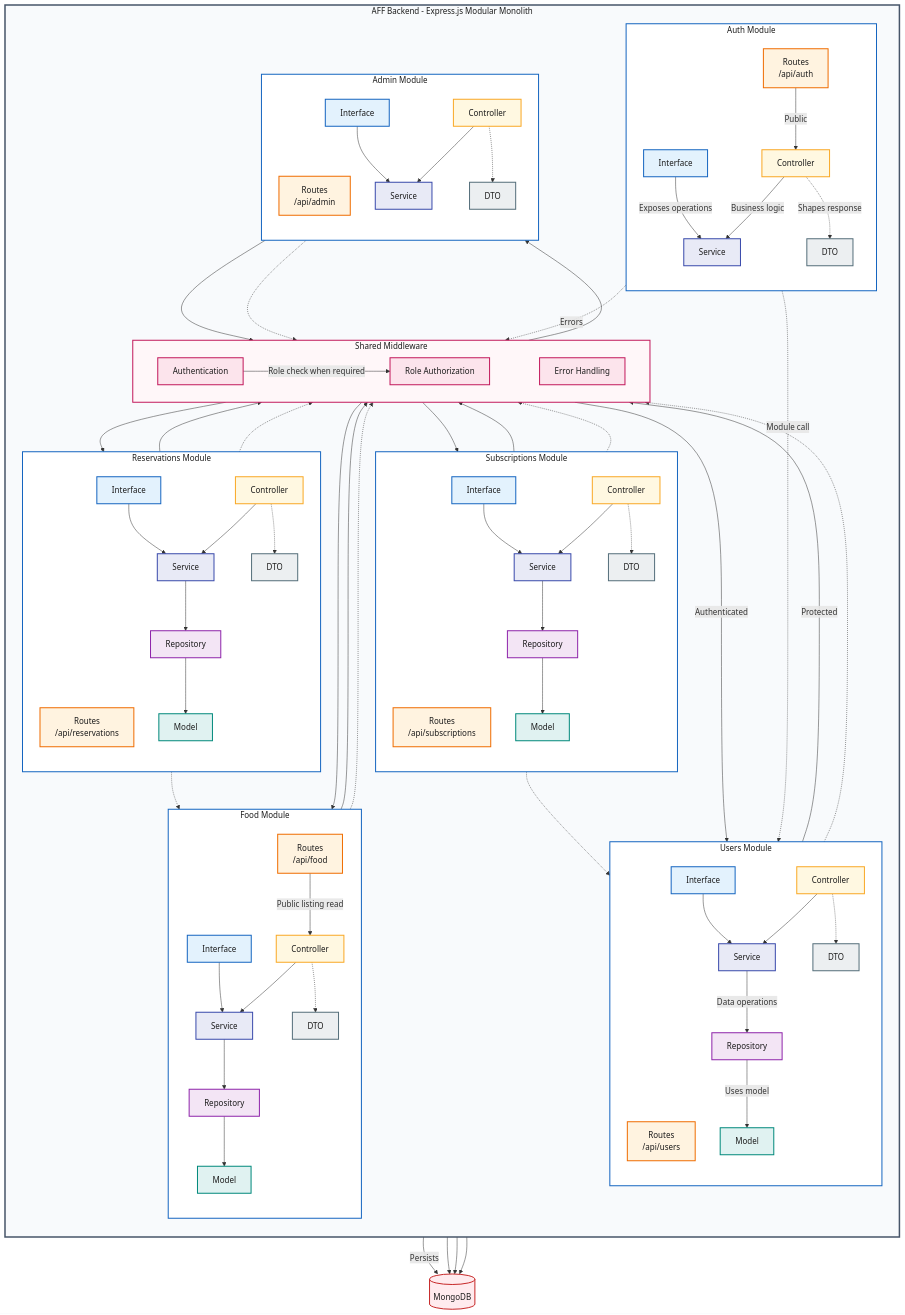
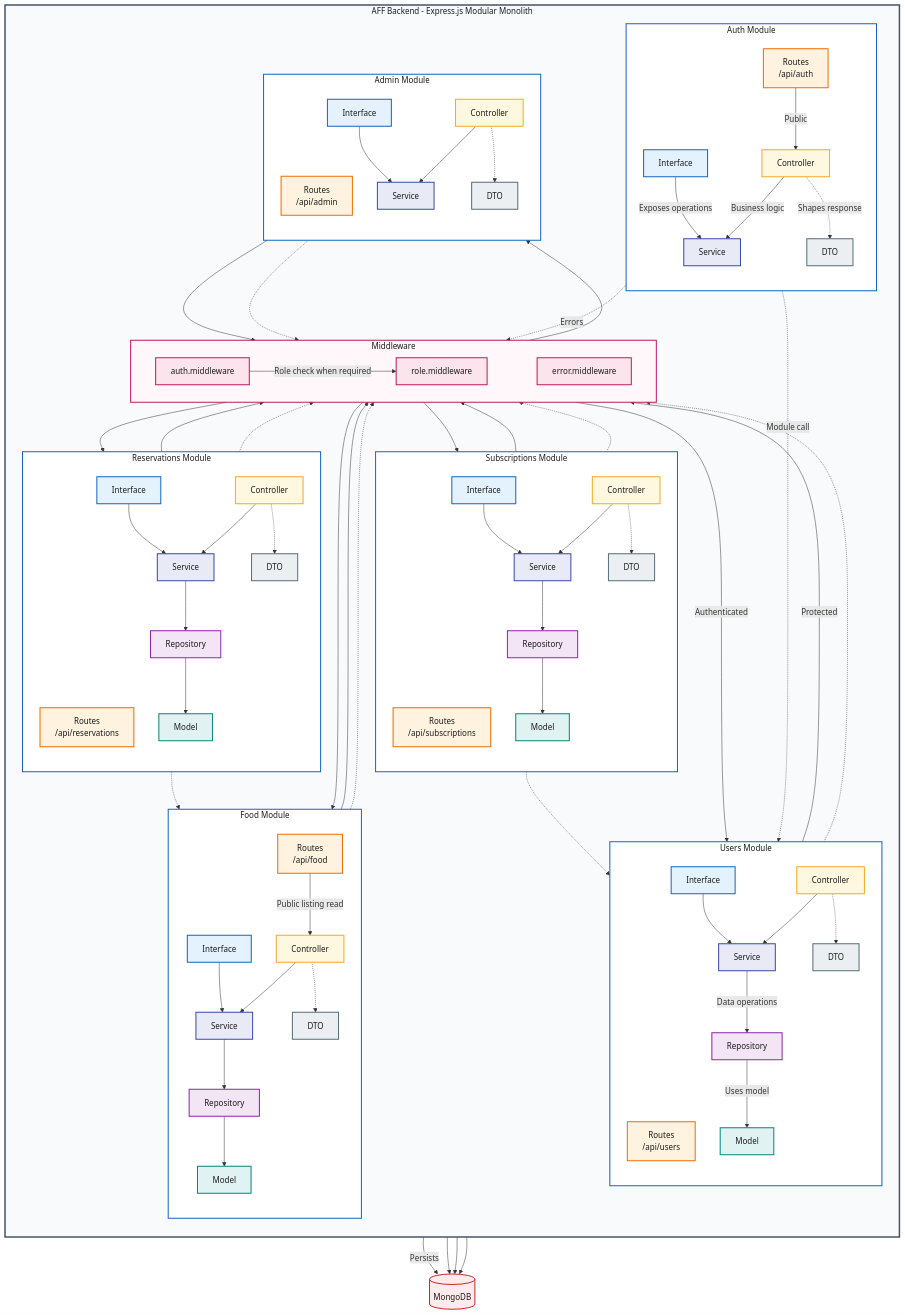
The diagram in docs/backend-component-diagram.md (2026B-FullStackDevelopment/aff), drawn with Mermaid before and after one commit. The commit also changed 2 other files, not shown here.

Commit message:
Update backend-component-diagram.md file explanation. Change old README to README-project. Create new README according to requirement

```diff
--- a/docs/backend-component-diagram.md
+++ b/docs/backend-component-diagram.md
@@ -56,11 +56,11 @@
       foodInterface --> foodService
     end
 
-    subgraph sharedMiddleware["Shared Middleware"]
+    subgraph sharedMiddleware["Middleware"]
       direction LR
-      authentication["Authentication"]
-      role["Role Authorization"]
-      errorMiddleware["Error Handling"]
+      authentication["auth.middleware"]
+      role["role.middleware"]
+      errorMiddleware["error.middleware"]
 
       authentication -->|"Role check when required"| role
       role ~~~ errorMiddleware
```
